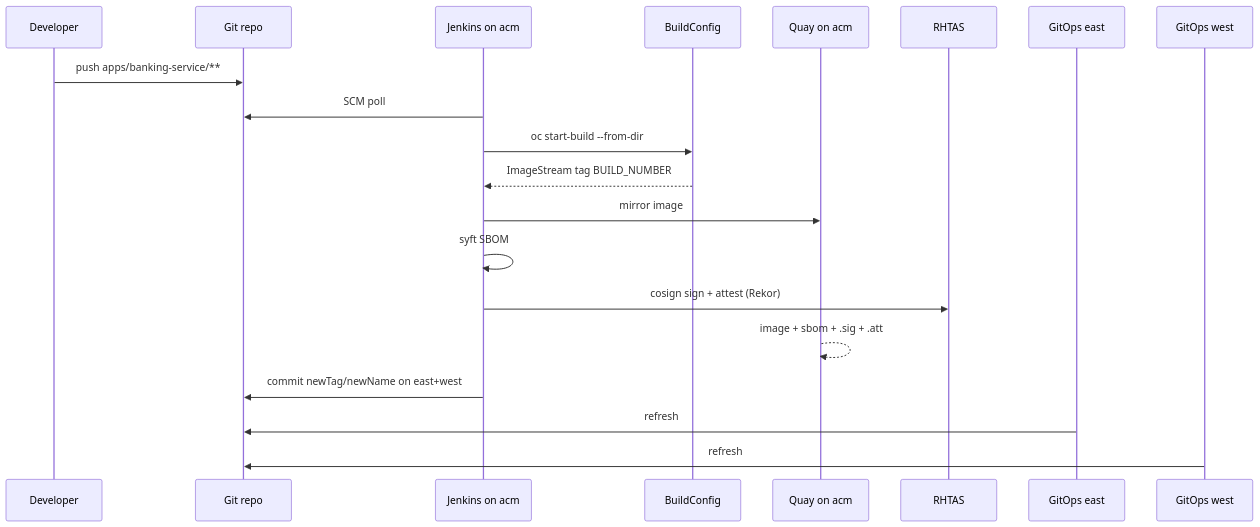
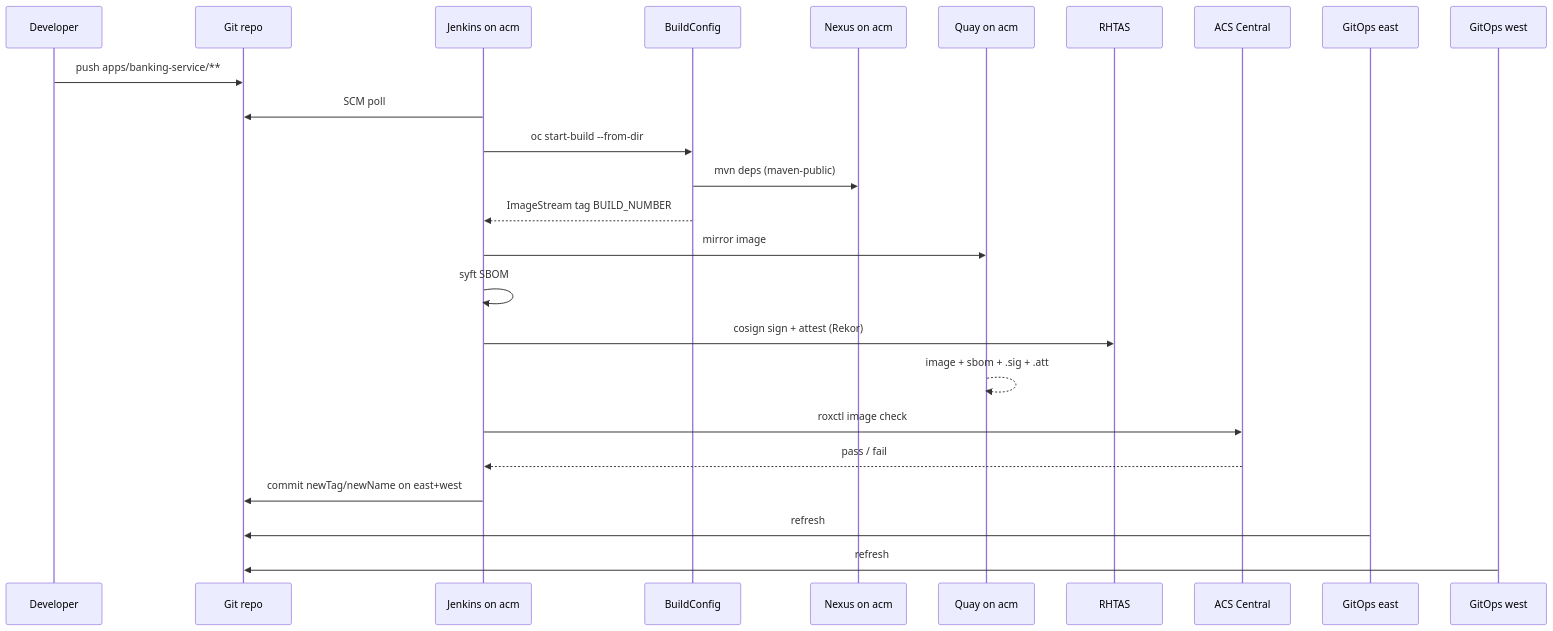
One commit to panchoraposo/demo-spring changed the diagram in docs/ci-cd.md. Above: the diagram before and after it, drawn with Mermaid. The commit also changed other lines of this file and 35 other files, not shown here.

First line of the commit message:
Add RHACS and Nexus on acm for CI gates and Maven caching.

````diff
--- a/docs/ci-cd.md
+++ b/docs/ci-cd.md
@@ -18,23 +35,28 @@
 ```mermaid
 sequenceDiagram
   participant Dev as Developer
   participant Git as Git repo
   participant J as Jenkins on acm
   participant BC as BuildConfig
+  participant Nexus as Nexus on acm
   participant Quay as Quay on acm
   participant TAS as RHTAS
+  participant ACS as ACS Central
   participant ArgoE as GitOps east
   participant ArgoW as GitOps west
 
   Dev->>Git: push apps/banking-service/**
   J->>Git: SCM poll
   J->>BC: oc start-build --from-dir
+  BC->>Nexus: mvn deps (maven-public)
   BC-->>J: ImageStream tag BUILD_NUMBER
   J->>Quay: mirror image
   J->>J: syft SBOM
   J->>TAS: cosign sign + attest (Rekor)
   Quay-->>Quay: image + sbom + .sig + .att
+  J->>ACS: roxctl image check
+  ACS-->>J: pass / fail
   J->>Git: commit newTag/newName on east+west
   ArgoE->>Git: refresh
   ArgoW->>Git: refresh
 ```
````
